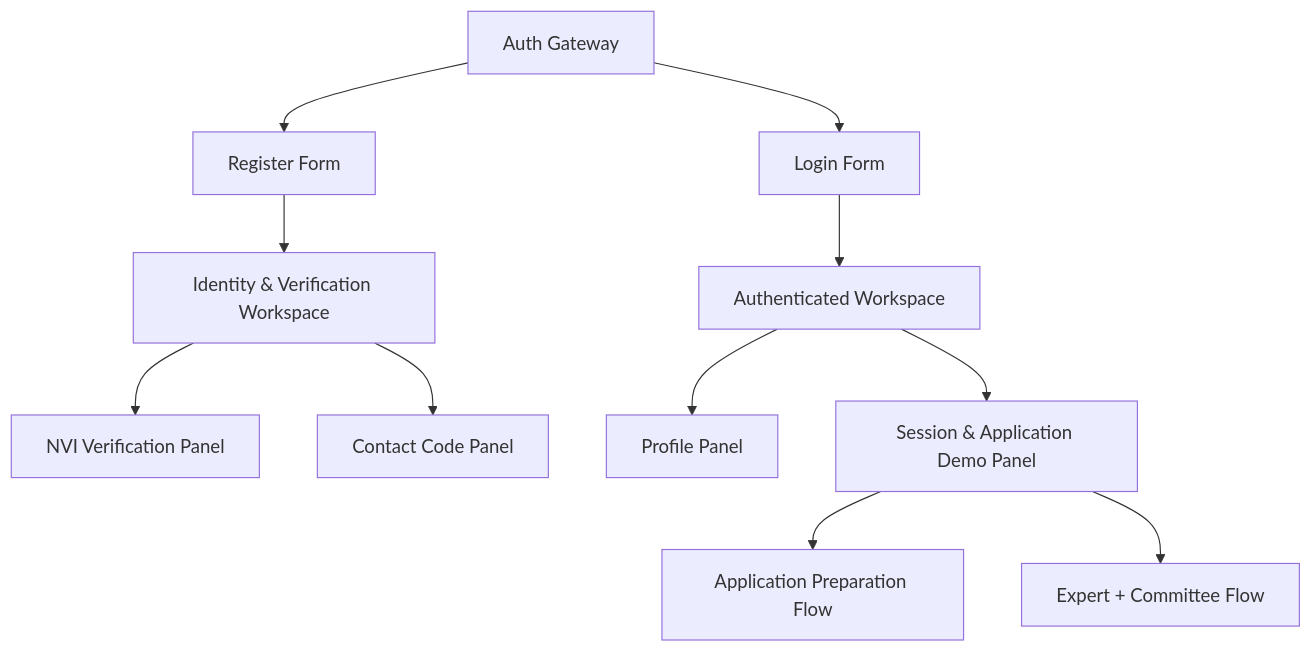
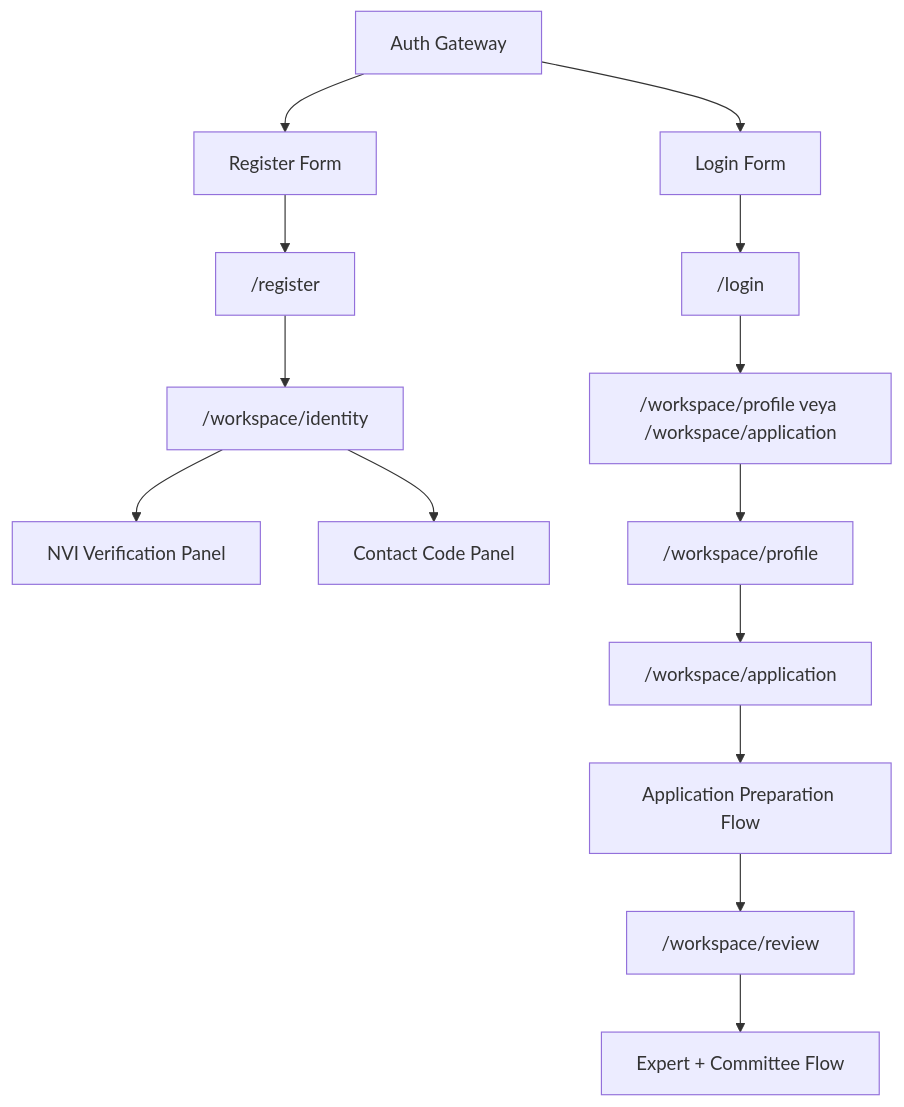
Before and after one commit to ilkerunsal/etik-kurul-platform: the diagram in project_docs/site-map.md, drawn with Mermaid. The commit also changed other lines of this file and 4 other files, not shown here.

````diff
--- a/project_docs/site-map.md
+++ b/project_docs/site-map.md
@@ -7,13 +7,16 @@
 ```mermaid
 flowchart TD
     A["Auth Gateway"] --> B["Login Form"]
     A --> C["Register Form"]
-    C --> D["Identity & Verification Workspace"]
-    B --> E["Authenticated Workspace"]
+    B --> L["/login"]
+    C --> R["/register"]
+    R --> D["/workspace/identity"]
+    L --> E["/workspace/profile veya /workspace/application"]
     D --> F["NVI Verification Panel"]
     D --> G["Contact Code Panel"]
-    E --> H["Profile Panel"]
-    E --> I["Session & Application Demo Panel"]
+    E --> H["/workspace/profile"]
+    H --> I["/workspace/application"]
     I --> J["Application Preparation Flow"]
-    I --> K["Expert + Committee Flow"]
+    J --> K["/workspace/review"]
+    K --> M["Expert + Committee Flow"]
 ```
````
